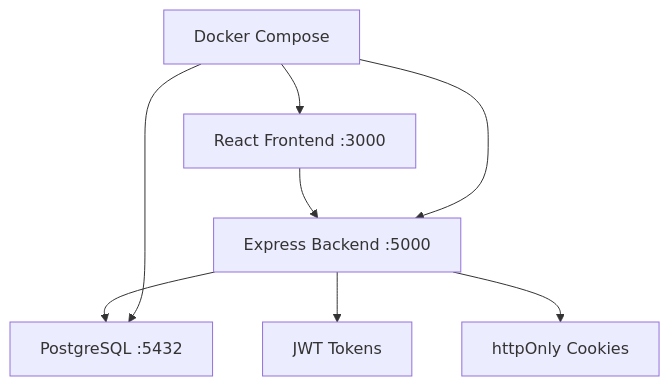
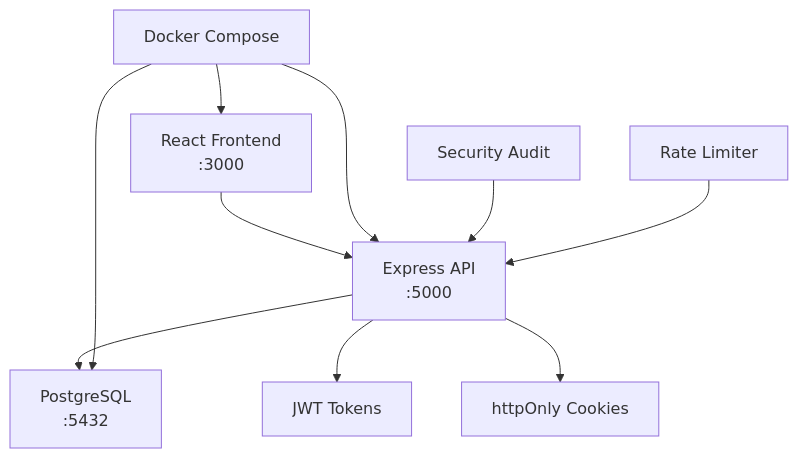
Before and after one commit to Om7035/AuthKit: the diagram in README.md, drawn with Mermaid. The commit also changed other lines of this file, not shown here.

````diff
--- a/README.md
+++ b/README.md
@@ -333,10 +251,12 @@
 ```mermaid
 graph TB
-    A[React Frontend :3000] --> B[Express Backend :5000]
-    B --> C[PostgreSQL :5432]
+    A[React Frontend<br/>:3000] --> B[Express API<br/>:5000]
+    B --> C[PostgreSQL<br/>:5432]
     B --> D[JWT Tokens]
     B --> E[httpOnly Cookies]
     F[Docker Compose] --> A
     F --> B  
     F --> C
+    G[Security Audit] --> B
+    H[Rate Limiter] --> B
 ```
````
